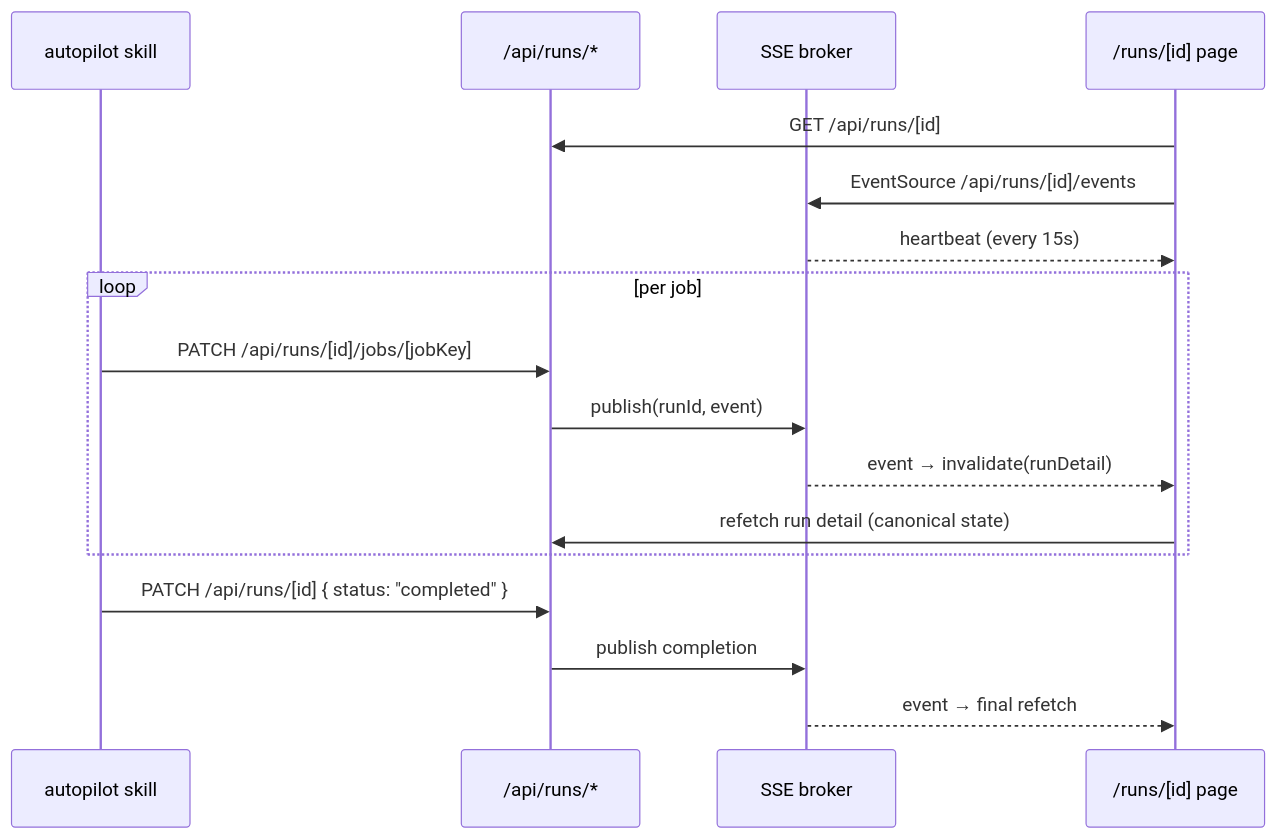
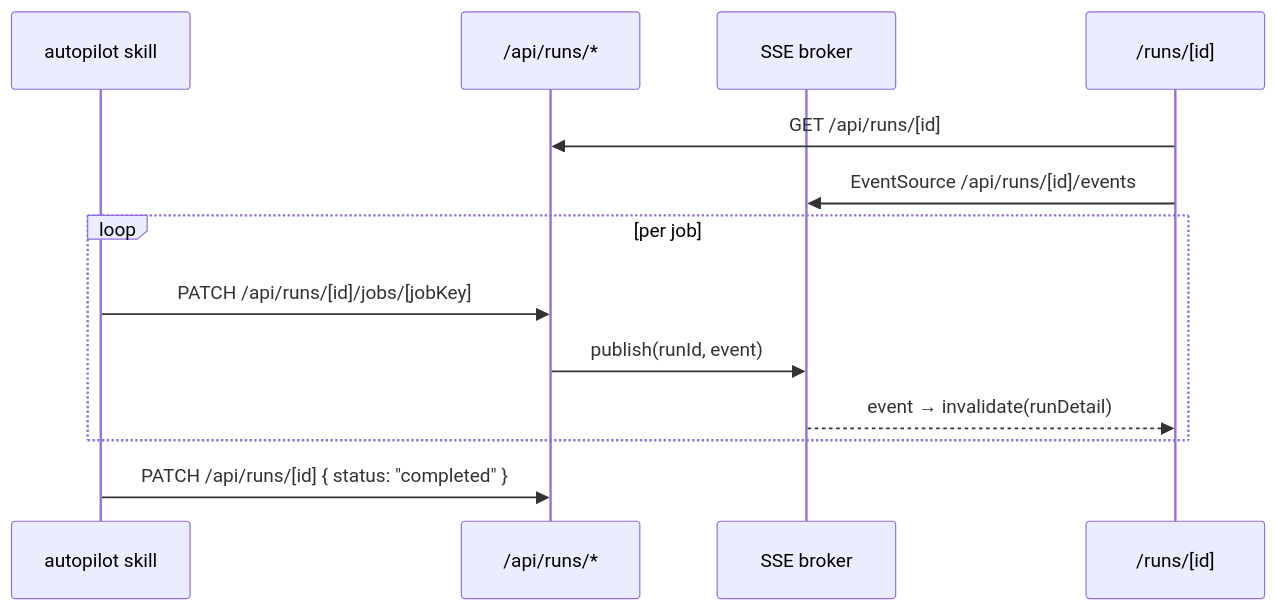
The third of 3 diagrams in docs/architecture.md (davidscotttufts/jobpilot), drawn with Mermaid before and after one commit. The commit also changed other lines of this file and 4 other files, not shown here.

Commit message:
feat: remove humanizer submodule; vendored skill now located in src/JobPilot.Terminal/.claude/skills/humanizer/ docs: update CLAUDE.md, README.md, architecture.md, and self-hosting.md to reflect changes in humanizer integration and project structure

````diff
--- a/docs/architecture.md
+++ b/docs/architecture.md
@@ -131,22 +133,16 @@
 ```mermaid
 sequenceDiagram
     participant S as autopilot skill
     participant API as /api/runs/*
     participant SSE as SSE broker
-    participant UI as /runs/[id] page
+    participant UI as /runs/[id]
 
     UI->>API: GET /api/runs/[id]
     UI->>SSE: EventSource /api/runs/[id]/events
-    SSE-->>UI: heartbeat (every 15s)
-
     loop per job
         S->>API: PATCH /api/runs/[id]/jobs/[jobKey]
         API->>SSE: publish(runId, event)
         SSE-->>UI: event → invalidate(runDetail)
-        UI->>API: refetch run detail (canonical state)
     end
-
     S->>API: PATCH /api/runs/[id] { status: "completed" }
-    API->>SSE: publish completion
-    SSE-->>UI: event → final refetch
 ```
````
